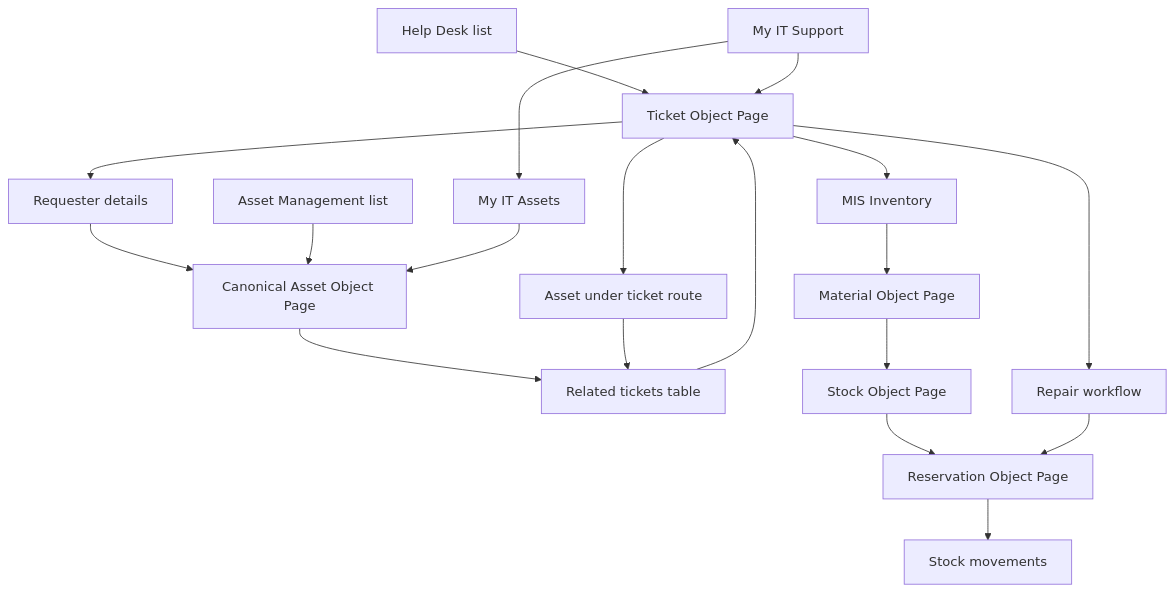
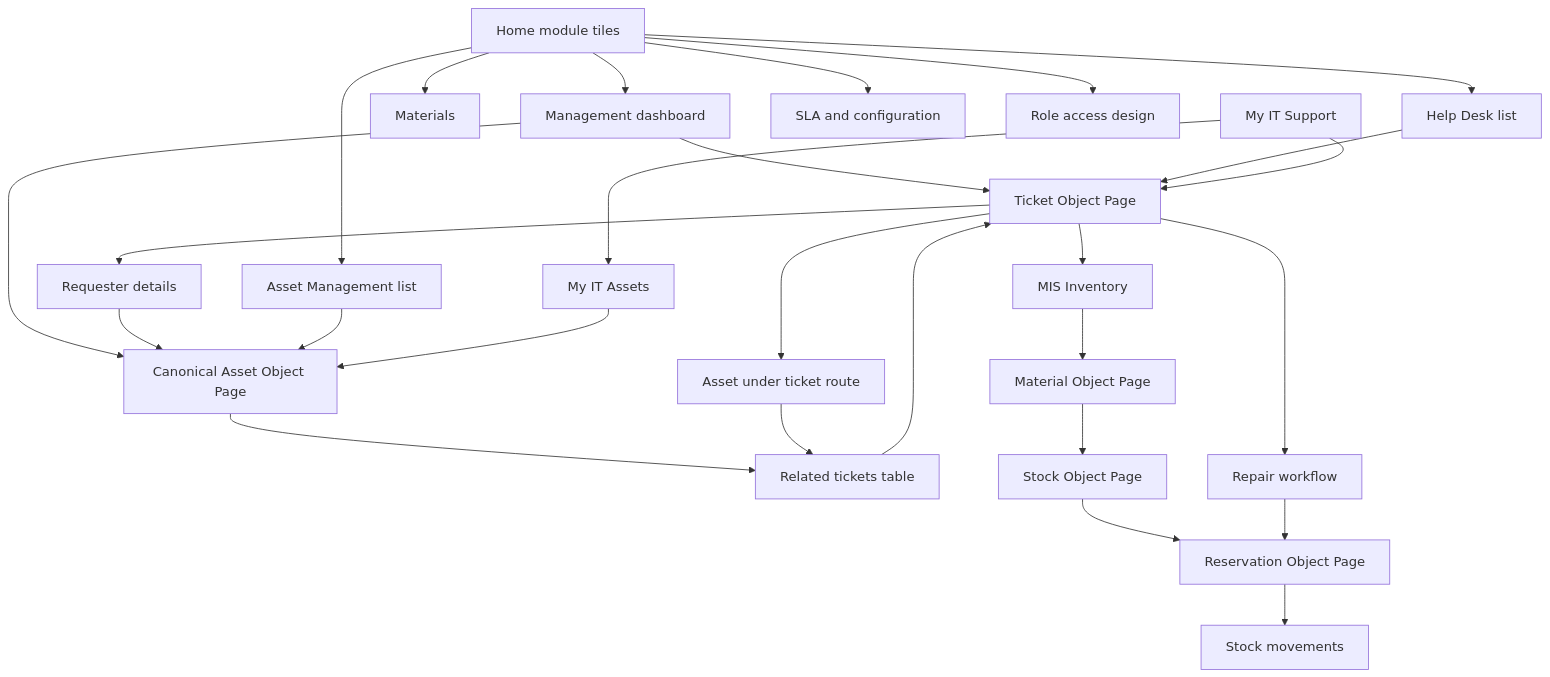
The fourth of 15 diagrams in PROJECT_ARCHITECTURE_AND_WORKFLOW.md (MMuneeb17/SAP-IT-OPERATIONS), drawn with Mermaid before and after one commit. The commit also changed other lines of this file and 43 other files, not shown here.

Commit message:
Add operations analytics dashboard and module home tiles

````diff
--- a/PROJECT_ARCHITECTURE_AND_WORKFLOW.md
+++ b/PROJECT_ARCHITECTURE_AND_WORKFLOW.md
@@ -218,21 +221,29 @@
 ```mermaid
 flowchart TD
-  Tickets[Help Desk list] --> Ticket[Ticket Object Page]
+  Home[Home module tiles] --> Tickets[Help Desk list]
+  Home --> Assets
+  Home --> Materials
+  Home --> Dashboard[Management dashboard]
+  Home --> Operations[SLA and configuration]
+  Home --> Roles[Role access design]
+  Dashboard --> Ticket
+  Dashboard --> Asset
+  Tickets --> Ticket[Ticket Object Page]
   Support[My IT Support] --> Ticket
   Ticket --> Requester[Requester details]
   Ticket --> NestedAsset[Asset under ticket route]
   Requester --> Asset[Canonical Asset Object Page]
   Assets[Asset Management list] --> Asset
   Mine[My IT Assets] --> Asset
   Support --> Mine
   Asset --> Related[Related tickets table]
   NestedAsset --> Related
   Related --> Ticket
   Ticket --> Repair[Repair workflow]
   Ticket --> Inventory[MIS Inventory]
   Inventory --> Material[Material Object Page]
   Material --> Stock[Stock Object Page]
   Stock --> Reservation[Reservation Object Page]
   Repair --> Reservation
   Reservation --> Movements[Stock movements]
 ```
````
